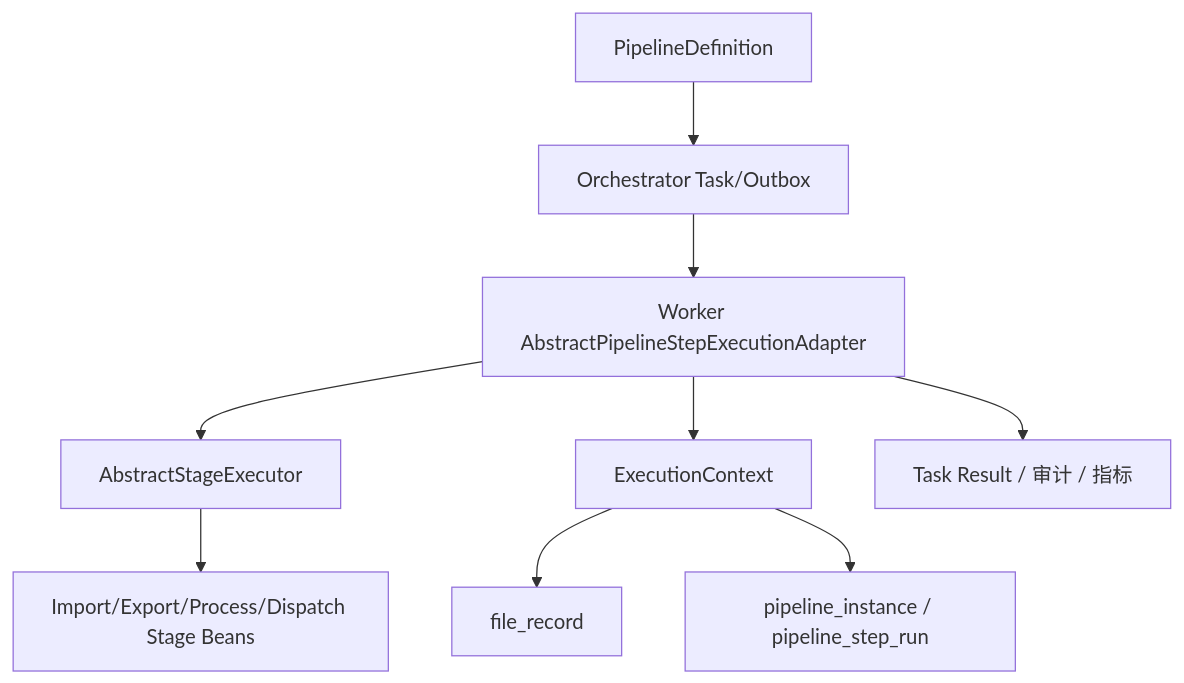
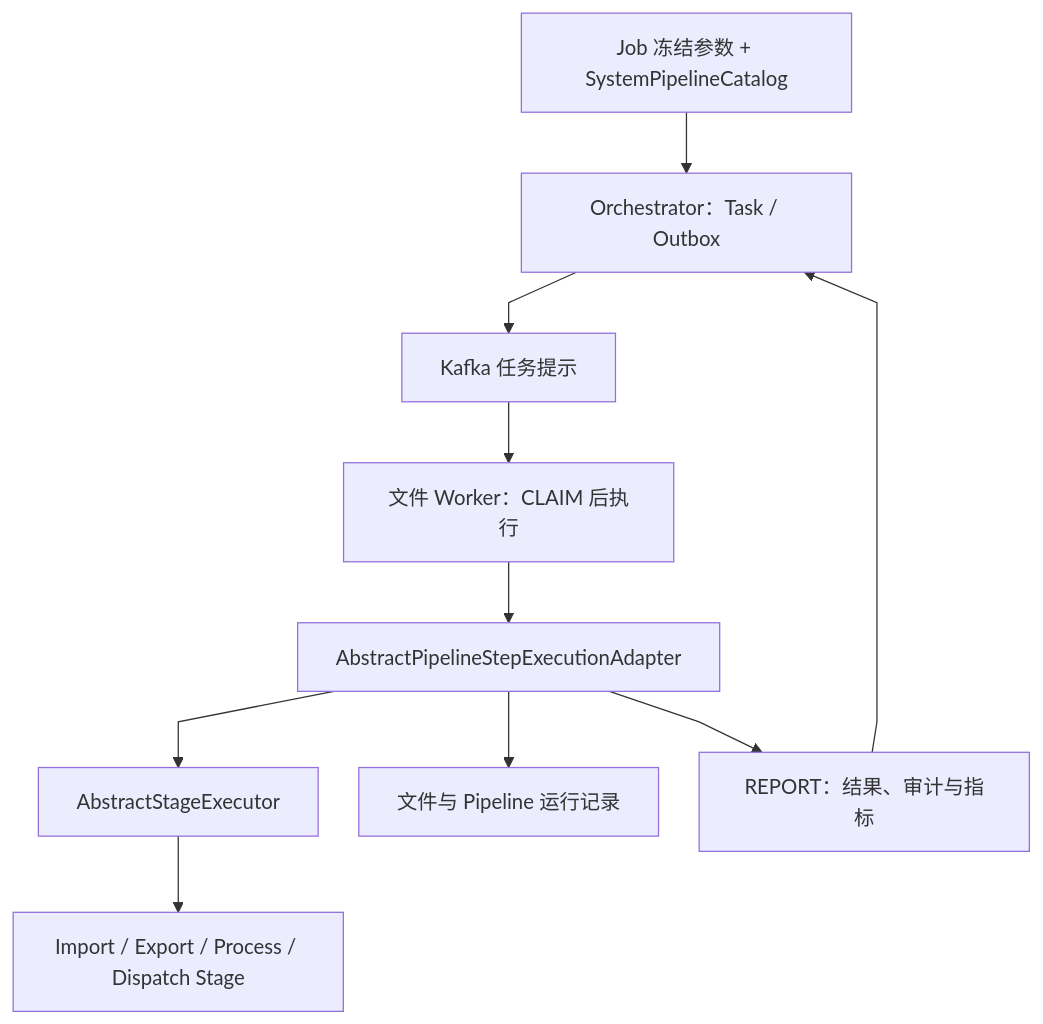
One commit to pinpols/file-batch-system changed the fifth of 8 diagrams in docs/design/file-pipeline-design.md. Above: the diagram before and after it, drawn with Mermaid. The commit also changed other lines of this file and 5032 other files, not shown here.

````diff
--- a/docs/design/file-pipeline-design.md
+++ b/docs/design/file-pipeline-design.md
@@ -787,11 +805,13 @@
 ```mermaid
-flowchart TD
-    A[PipelineDefinition] --> B[Orchestrator Task/Outbox]
-    B --> C[Worker AbstractPipelineStepExecutionAdapter]
-    C --> D[AbstractStageExecutor]
-    D --> E[Import/Export/Process/Dispatch Stage Beans]
-    C --> H[ExecutionContext]
-    H --> I[file_record]
-    H --> J[pipeline_instance / pipeline_step_run]
-    C --> K[Task Result / 审计 / 指标]
+%%{init: {"flowchart":{"curve":"linear","nodeSpacing":32,"rankSpacing":48},"sequence":{"mirrorActors":false}}}%%
+flowchart TB
+  J[Job 冻结参数 + SystemPipelineCatalog] --> O[Orchestrator：Task / Outbox]
+  O --> K[Kafka 任务提示]
+  K --> W[文件 Worker：CLAIM 后执行]
+  W --> A[AbstractPipelineStepExecutionAdapter]
+  A --> S[AbstractStageExecutor]
+  S --> B[Import / Export / Process / Dispatch Stage]
+  A --> R[文件与 Pipeline 运行记录]
+  A --> F[REPORT：结果、审计与指标]
+  F --> O
 ```
````
